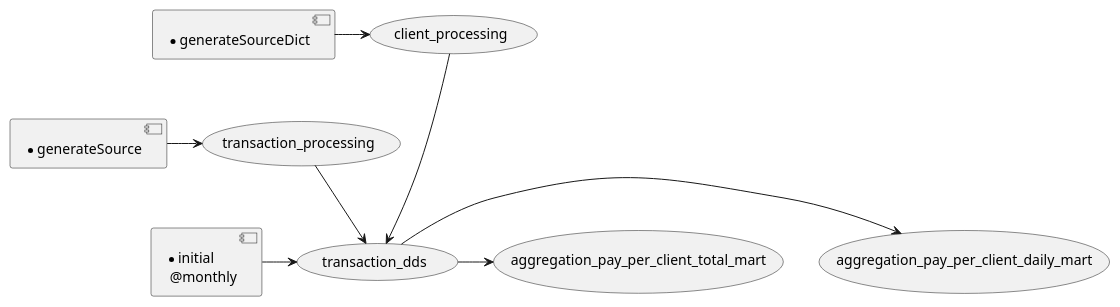
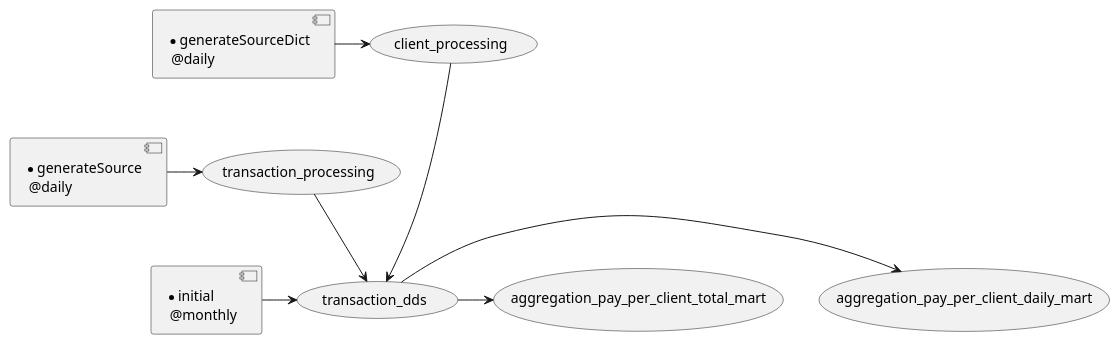
The diagram in demo/uml/initial.puml (zaytsevdmitry/lakehouse), drawn with PlantUML before and after one commit. The commit also changed 4 other files, not shown here.

```diff
--- a/demo/uml/initial.puml
+++ b/demo/uml/initial.puml
@@ -1,10 +1,10 @@
 @startuml
 'https://plantuml.com/sequence-diagram
-[* generateSource] -> (transaction_processing)
-[* generateSourceDict] -> (client_processing)
+[* generateSource\n @daily] -> (transaction_processing)
+[* generateSourceDict\n @daily] -> (client_processing)
 [* initial\n @monthly]-> (transaction_dds)
 (client_processing) --->  (transaction_dds)
 (transaction_processing) --> (transaction_dds)
 (transaction_dds) -> (aggregation_pay_per_client_daily_mart)
 (transaction_dds) -> (aggregation_pay_per_client_total_mart)
 @enduml
```
